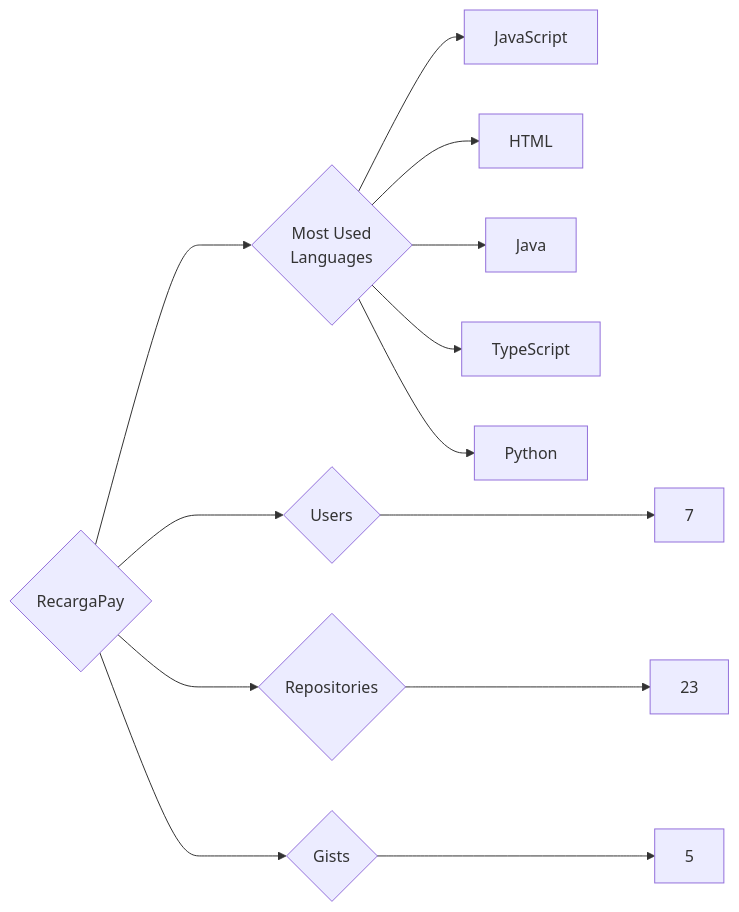
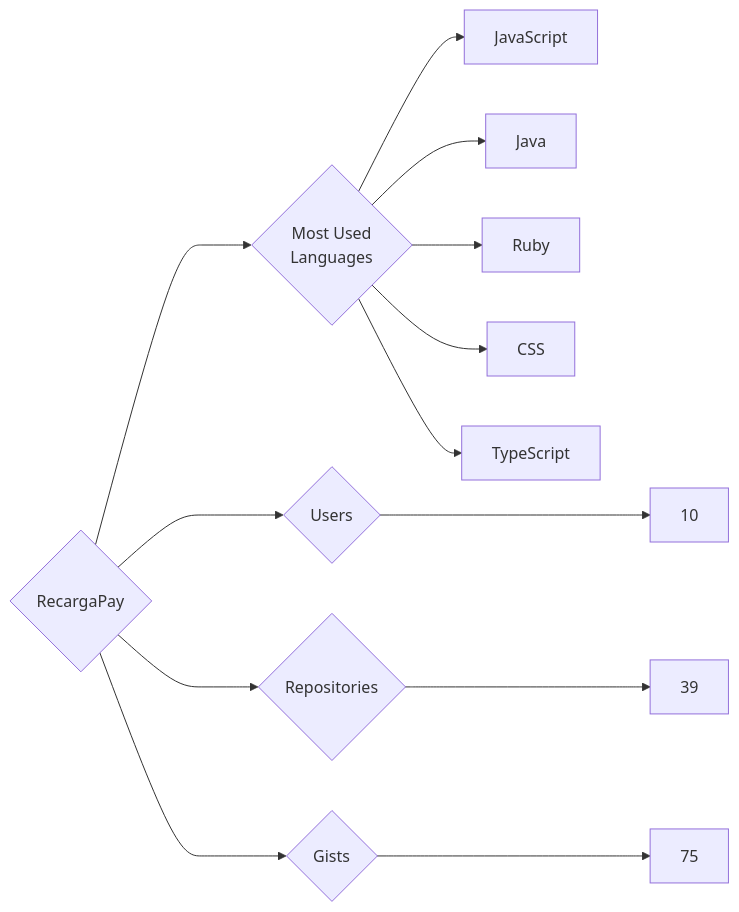
The diagram in targets/RecargaPay/README.md (trickest/insiders), drawn with Mermaid before and after one commit. The commit also changed 1508 other files, not shown here.

````diff
--- a/targets/RecargaPay/README.md
+++ b/targets/RecargaPay/README.md
@@ -3,13 +3,13 @@
 ```mermaid
 graph LR
 COMPANY_NAME{RecargaPay}
-COMPANY_NAME ---> U{Users} ---> UN[7]
-COMPANY_NAME ---> R{Repositories} ---> RN[23]
-COMPANY_NAME ---> G{Gists} ---> GN[5]
+COMPANY_NAME ---> U{Users} ---> UN[10]
+COMPANY_NAME ---> R{Repositories} ---> RN[39]
+COMPANY_NAME ---> G{Gists} ---> GN[75]
 COMPANY_NAME ---> ML{Most Used<br>Languages}
 ML --> JavaScript[JavaScript]
-ML --> HTML[HTML]
 ML --> Java[Java]
+ML --> Ruby[Ruby]
+ML --> CSS[CSS]
 ML --> TypeScript[TypeScript]
-ML --> Python[Python]
 ```
````
